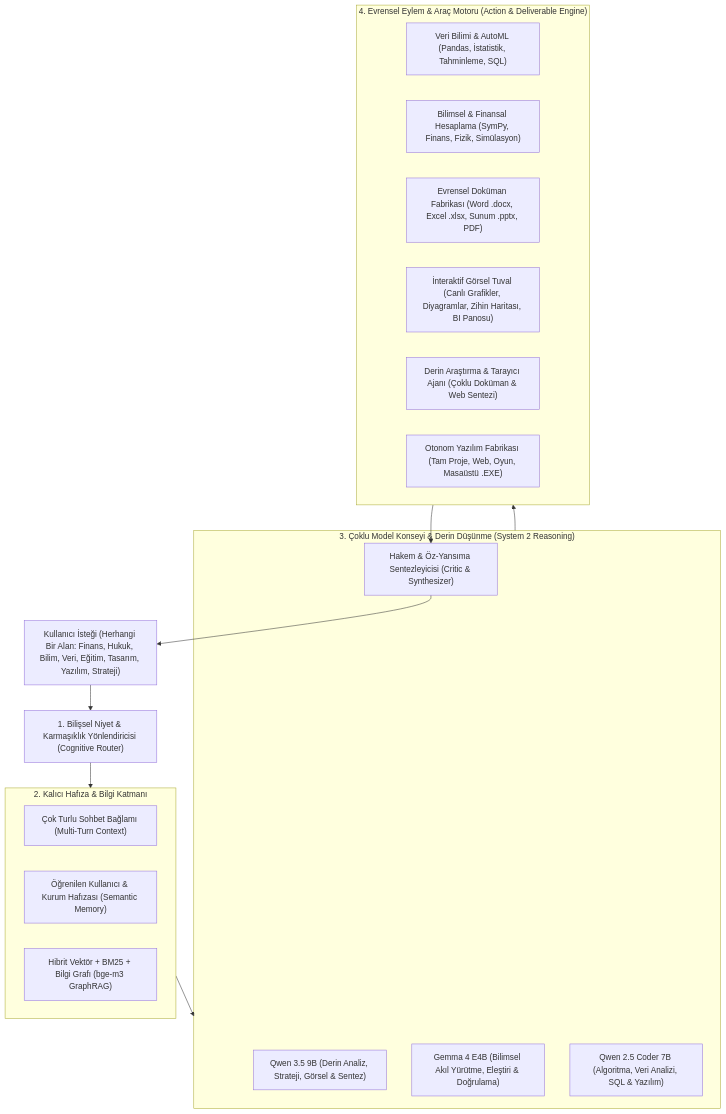
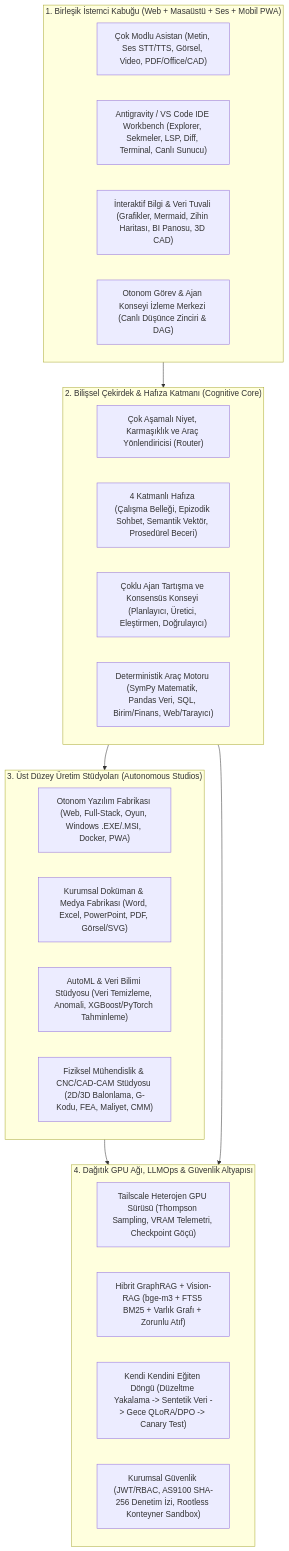
Before and after one commit to bostnishak/distributed-ai-dev-platform: the first of 3 diagrams in docs/ENTERPRISE_AI_MASTER_IMPLEMENTATION_PLAN.md, drawn with Mermaid. The commit also changed other lines of this file, not shown here.

Commit message:
docs(plan): restore all 527 lines of CAD/CAM/CNC specs and expand to 20-phase 80-module universal AI OS plan

````diff
--- a/docs/ENTERPRISE_AI_MASTER_IMPLEMENTATION_PLAN.md
+++ b/docs/ENTERPRISE_AI_MASTER_IMPLEMENTATION_PLAN.md
@@ -26,34 +20,35 @@
 ```mermaid
 flowchart TB
-    User["Kullanıcı İsteği (Herhangi Bir Alan: Finans, Hukuk, Bilim, Veri, Eğitim, Tasarım, Yazılım, Strateji)"]
-    Router["1. Bilişsel Niyet & Karmaşıklık Yönlendiricisi (Cognitive Router)"]
-
-    subgraph Memory["2. Kalıcı Hafıza & Bilgi Katmanı"]
-        STM["Çok Turlu Sohbet Bağlamı (Multi-Turn Context)"]
-        LTM["Öğrenilen Kullanıcı & Kurum Hafızası (Semantic Memory)"]
-        RAG["Hibrit Vektör + BM25 + Bilgi Grafı (bge-m3 GraphRAG)"]
+    subgraph Client["1. Birleşik İstemci Kabuğu (Web + Masaüstü + Ses + Mobil PWA)"]
+        UIChat["Çok Modlu Asistan (Metin, Ses STT/TTS, Görsel, Video, PDF/Office/CAD)"]
+        UIWorkbench["Antigravity / VS Code IDE Workbench (Explorer, Sekmeler, LSP, Diff, Terminal, Canlı Sunucu)"]
+        UICanvas["İnteraktif Bilgi & Veri Tuvali (Grafikler, Mermaid, Zihin Haritası, BI Panosu, 3D CAD)"]
+        UIWorkflow["Otonom Görev & Ajan Konseyi İzleme Merkezi (Canlı Düşünce Zinciri & DAG)"]
     end
 
-    subgraph Council["3. Çoklu Model Konseyi & Derin Düşünme (System 2 Reasoning)"]
-        M1["Qwen 3.5 9B (Derin Analiz, Strateji, Görsel & Sentez)"]
-        M2["Gemma 4 E4B (Bilimsel Akıl Yürütme, Eleştiri & Doğrulama)"]
-        M3["Qwen 2.5 Coder 7B (Algoritma, Veri Analizi, SQL & Yazılım)"]
-        Judge["Hakem & Öz-Yansıma Sentezleyicisi (Critic & Synthesizer)"]
+    subgraph Core["2. Bilişsel Çekirdek & Hafıza Katmanı (Cognitive Core)"]
+        Intent["Çok Aşamalı Niyet, Karmaşıklık ve Araç Yönlendiricisi (Router)"]
+        Memory["4 Katmanlı Hafıza (Çalışma Belleği, Epizodik Sohbet, Semantik Vektör, Prosedürel Beceri)"]
+        Council["Çoklu Ajan Tartışma ve Konsensüs Konseyi (Planlayıcı, Üretici, Eleştirmen, Doğrulayıcı)"]
+        Tools["Deterministik Araç Motoru (SymPy Matematik, Pandas Veri, SQL, Birim/Finans, Web/Tarayıcı)"]
     end
 
-    subgraph Tools["4. Evrensel Eylem & Araç Motoru (Action & Deliverable Engine)"]
-        TData["Veri Bilimi & AutoML (Pandas, İstatistik, Tahminleme, SQL)"]
-        TMath["Bilimsel & Finansal Hesaplama (SymPy, Finans, Fizik, Simülasyon)"]
-        TDoc["Evrensel Doküman Fabrikası (Word .docx, Excel .xlsx, Sunum .pptx, PDF)"]
-        TCanvas["İnteraktif Görsel Tuval (Canlı Grafikler, Diyagramlar, Zihin Haritası, BI Panosu)"]
-        TWeb["Derin Araştırma & Tarayıcı Ajanı (Çoklu Doküman & Web Sentezi)"]
-        TSoft["Otonom Yazılım Fabrikası (Tam Proje, Web, Oyun, Masaüstü .EXE)"]
+    subgraph Studios["3. Üst Düzey Üretim Stüdyoları (Autonomous Studios)"]
+        SoftFactory["Otonom Yazılım Fabrikası (Web, Full-Stack, Oyun, Windows .EXE/.MSI, Docker, PWA)"]
+        DocFactory["Kurumsal Doküman & Medya Fabrikası (Word, Excel, PowerPoint, PDF, Görsel/SVG)"]
+        DataStudio["AutoML & Veri Bilimi Stüdyosu (Veri Temizleme, Anomali, XGBoost/PyTorch Tahminleme)"]
+        EngStudio["Fiziksel Mühendislik & CNC/CAD-CAM Stüdyosu (2D/3D Balonlama, G-Kodu, FEA, Maliyet, CMM)"]
     end
 
-    User --> Router
-    Router --> Memory
-    Memory --> Council
-    Council --> Tools
-    Tools --> Judge
-    Judge --> User
+    subgraph Infra["4. Dağıtık GPU Ağı, LLMOps & Güvenlik Altyapısı"]
+        Swarm["Tailscale Heterojen GPU Sürüsü (Thompson Sampling, VRAM Telemetri, Checkpoint Göçü)"]
+        RAG["Hibrit GraphRAG + Vision-RAG (bge-m3 + FTS5 BM25 + Varlık Grafı + Zorunlu Atıf)"]
+        LLMOps["Kendi Kendini Eğiten Döngü (Düzeltme Yakalama -> Sentetik Veri -> Gece QLoRA/DPO -> Canary Test)"]
+        Sec["Kurumsal Güvenlik (JWT/RBAC, AS9100 SHA-256 Denetim İzi, Rootless Konteyner Sandbox)"]
+    end
+
+    Client --> Core
+    Core --> Studios
+    Studios --> Infra
+    Core --> Infra
 ```
````
